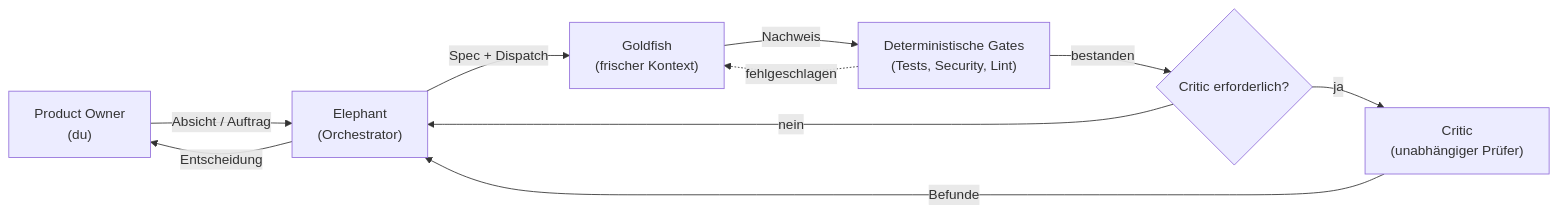
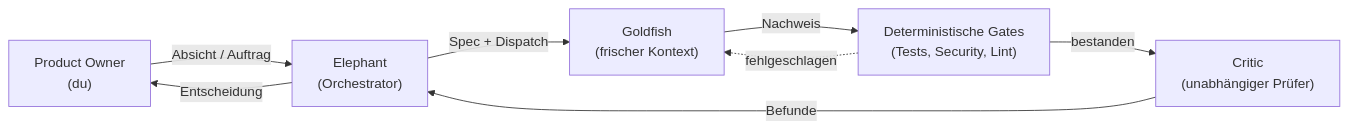
One commit to agent-pipe-shared/agent-pipeline changed the second of 2 diagrams in README.md. Above: the diagram before and after it, drawn with Mermaid. The commit also changed other lines of this file and 6 other files, not shown here.

````diff
--- a/README.md
+++ b/README.md
@@ -253,12 +251,10 @@
 ```mermaid
 flowchart LR
     PO["Product Owner<br/>(du)"] -->|"Absicht / Auftrag"| Elephant["Elephant<br/>(Orchestrator)"]
     Elephant -->|"Spec + Dispatch"| Goldfish["Goldfish<br/>(frischer Kontext)"]
     Goldfish -->|"Nachweis"| Gates["Deterministische Gates<br/>(Tests, Security, Lint)"]
     Gates -.->|"fehlgeschlagen"| Goldfish
-    Gates -->|"bestanden"| Review{"Critic erforderlich?"}
-    Review -->|"ja"| Critic["Critic<br/>(unabhängiger Prüfer)"]
-    Review -->|"nein"| Elephant
+    Gates -->|"bestanden"| Critic["Critic<br/>(unabhängiger Prüfer)"]
     Critic -->|"Befunde"| Elephant
     Elephant -->|"Entscheidung"| PO
 ```
````
